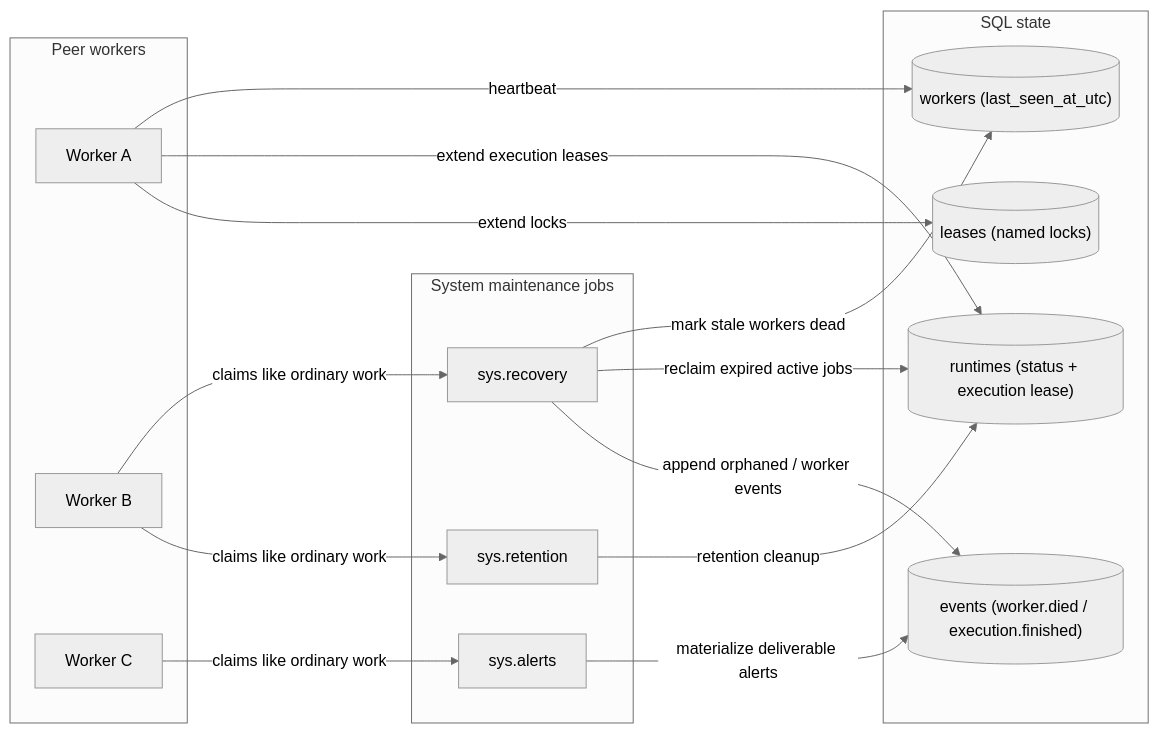
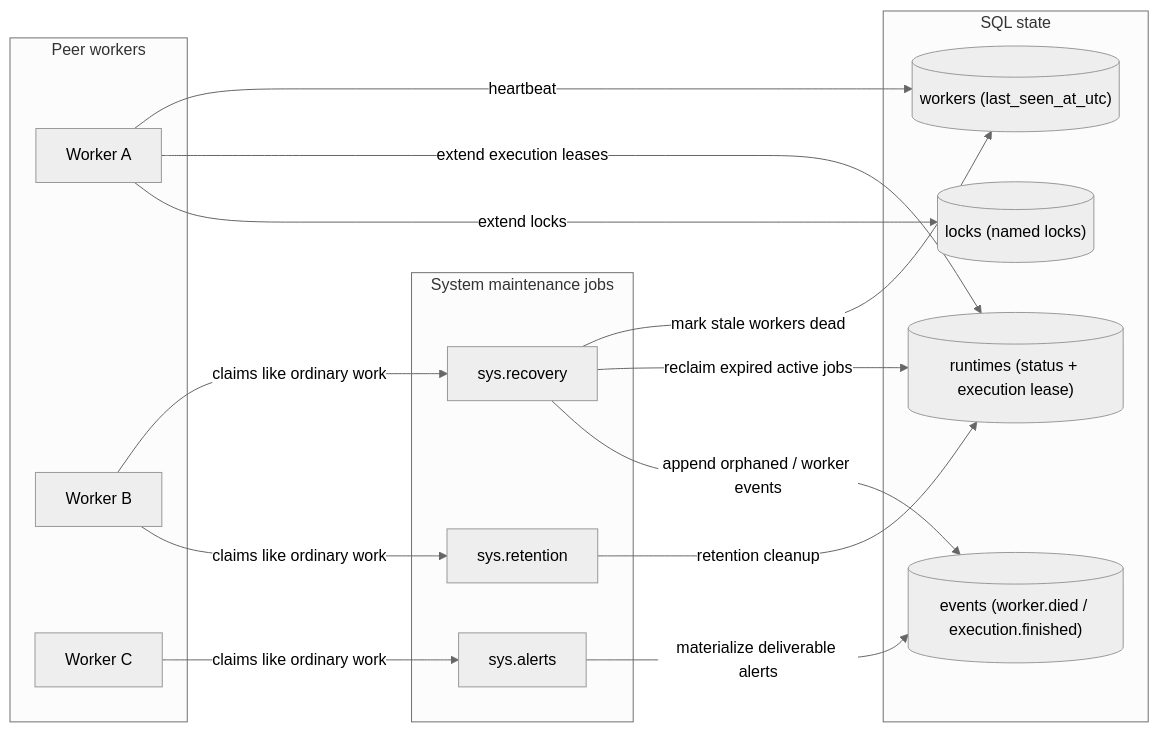
One commit to acta-dotnet/acta changed the sixth of 6 diagrams in docs/technical/architecture-diagrams.md. Above: the diagram before and after it, drawn with Mermaid (neutral theme). The commit also changed other lines of this file and 24 other files, not shown here.

````diff
--- a/docs/technical/architecture-diagrams.md
+++ b/docs/technical/architecture-diagrams.md
@@ -257,35 +257,35 @@
 ```mermaid
 flowchart LR
     subgraph Workers[Peer workers]
         W1[Worker A]
         W2[Worker B]
         W3[Worker C]
     end
 
     subgraph SQL[SQL state]
         Job[("runtimes (status + execution lease)")]
         Worker[("workers (last_seen_at_utc)")]
-        Lease[("leases (named locks)")]
+        Lease[("locks (named locks)")]
         Event[("events (worker.died / execution.finished)")]
     end
 
     subgraph SystemJobs[System maintenance jobs]
         Maintenance[sys.recovery]
         Alerts[sys.alerts]
         Purge[sys.retention]
     end
 
     W1 -->|heartbeat| Worker
     W1 -->|extend execution leases| Job
     W1 -->|extend locks| Lease
 
     W2 -->|claims like ordinary work| Maintenance
     W3 -->|claims like ordinary work| Alerts
     W2 -->|claims like ordinary work| Purge
 
     Maintenance -->|mark stale workers dead| Worker
     Maintenance -->|reclaim expired active jobs| Job
     Maintenance -->|append orphaned / worker events| Event
     Alerts -->|materialize deliverable alerts| Event
     Purge -->|retention cleanup| Job
 ```
````
